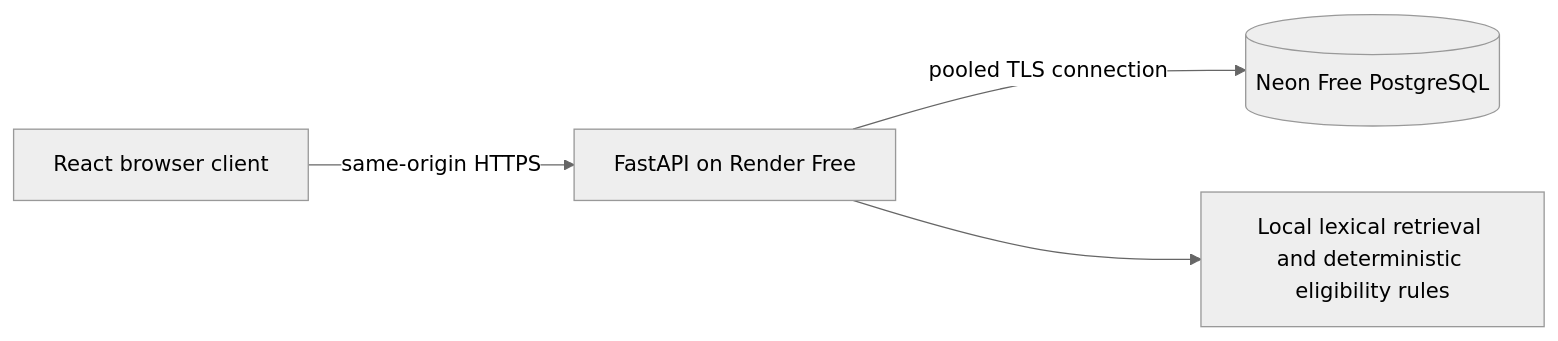
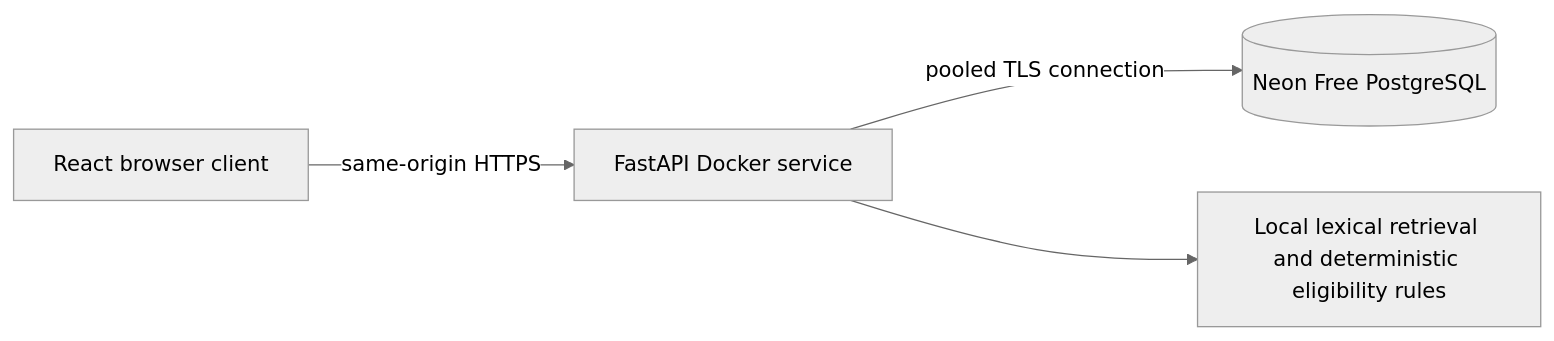
Before and after one commit to oumas3/applylens-ai: the diagram in README.md, drawn with Mermaid (neutral theme). The commit also changed other lines of this file and 4 other files, not shown here.

Commit message:
refactor: update deployment documentation for provider-neutral architecture and remove Render configuration

````diff
--- a/README.md
+++ b/README.md
@@ -19,6 +19,6 @@
 ```mermaid
 flowchart LR
-    Browser[React browser client] -->|same-origin HTTPS| API[FastAPI on Render Free]
+    Browser[React browser client] -->|same-origin HTTPS| API[FastAPI Docker service]
     API -->|pooled TLS connection| DB[(Neon Free PostgreSQL)]
     API --> Rules[Local lexical retrieval and deterministic eligibility rules]
 ```
````
